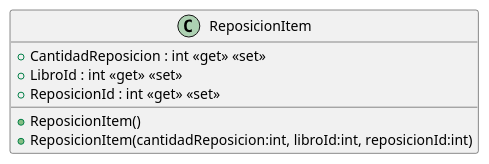
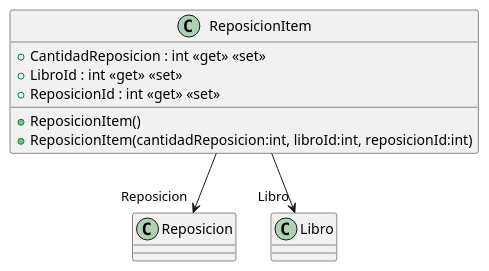
Before and after one commit to ISII2627LosGremlins/ISII2627LosGremlins: the diagram in src/AppForSEII.API/ClassDiagram/ReposicionItem.puml, drawn with PlantUML. The commit also changed 14 other files, not shown here.

Commit message:
Crear relaciones CU2 y diagrama de clases

```diff
--- a/src/AppForSEII.API/ClassDiagram/ReposicionItem.puml
+++ b/src/AppForSEII.API/ClassDiagram/ReposicionItem.puml
@@ -1,9 +1,11 @@
 @startuml
 class ReposicionItem {
     + ReposicionItem()
     + ReposicionItem(cantidadReposicion:int, libroId:int, reposicionId:int)
     + CantidadReposicion : int <<get>> <<set>>
     + LibroId : int <<get>> <<set>>
     + ReposicionId : int <<get>> <<set>>
 }
+ReposicionItem --> "Reposicion" Reposicion
+ReposicionItem --> "Libro" Libro
 @enduml
```
